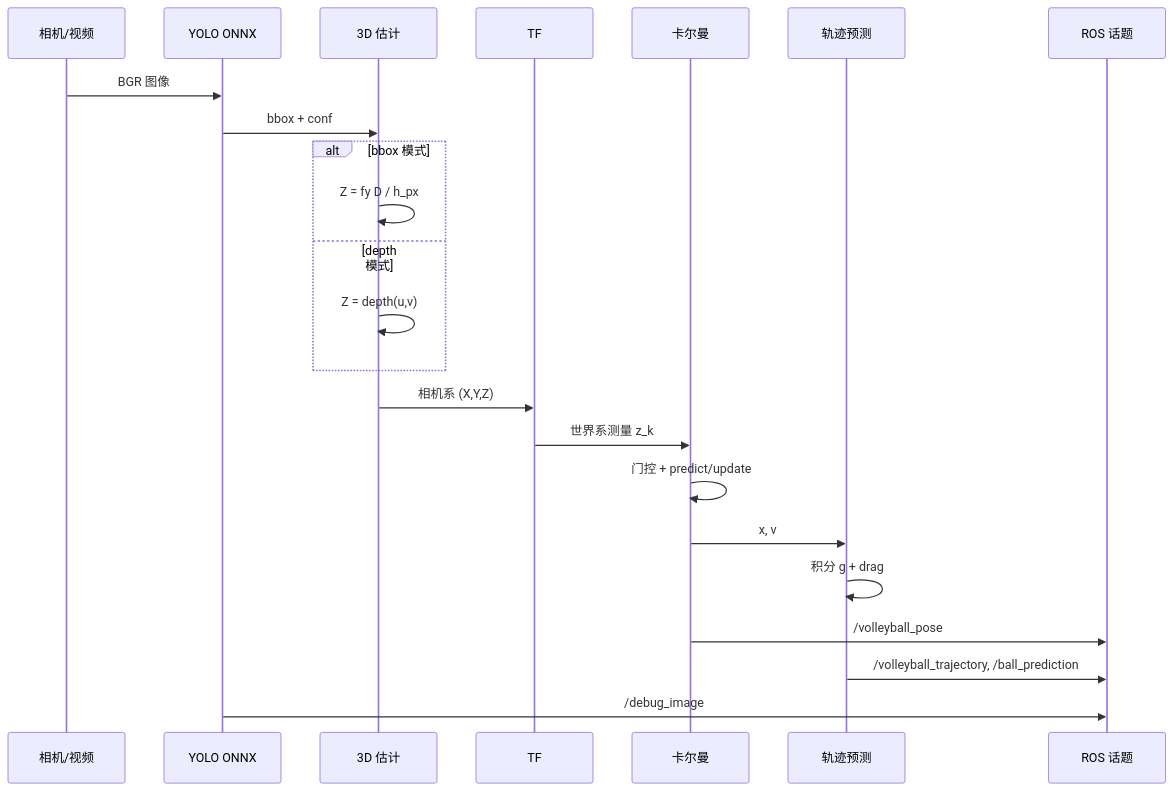
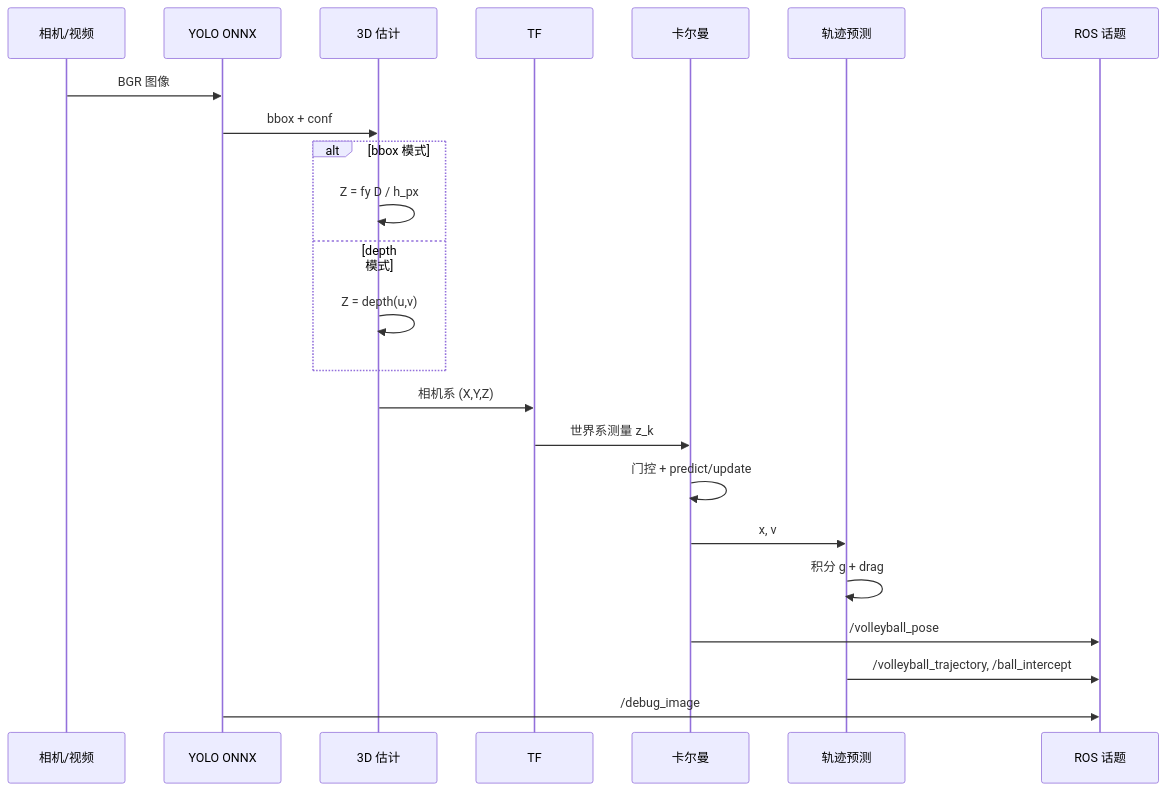
One commit to Jacknb03/volleyball_detection changed the fifth of 5 diagrams in README.md. Above: the diagram before and after it, drawn with Mermaid. The commit also changed other lines of this file and 47 other files, not shown here.

````diff
--- a/README.md
+++ b/README.md
@@ -322,26 +324,26 @@
 ```mermaid
 sequenceDiagram
   participant Cam as 相机/视频
   participant YOLO as YOLO ONNX
   participant Est as 3D 估计
   participant TF as TF
   participant KF as 卡尔曼
   participant Phy as 轨迹预测
   participant ROS as ROS 话题
 
   Cam->>YOLO: BGR 图像
   YOLO->>Est: bbox + conf
   alt bbox 模式
     Est->>Est: Z = fy D / h_px
   else depth 模式
     Est->>Est: Z = depth(u,v)
   end
   Est->>TF: 相机系 (X,Y,Z)
   TF->>KF: 世界系测量 z_k
   KF->>KF: 门控 + predict/update
   KF->>Phy: x, v
   Phy->>Phy: 积分 g + drag
   KF->>ROS: /volleyball_pose
-  Phy->>ROS: /volleyball_trajectory, /ball_prediction
+  Phy->>ROS: /volleyball_trajectory, /ball_intercept
   YOLO->>ROS: /debug_image
 ```
````
